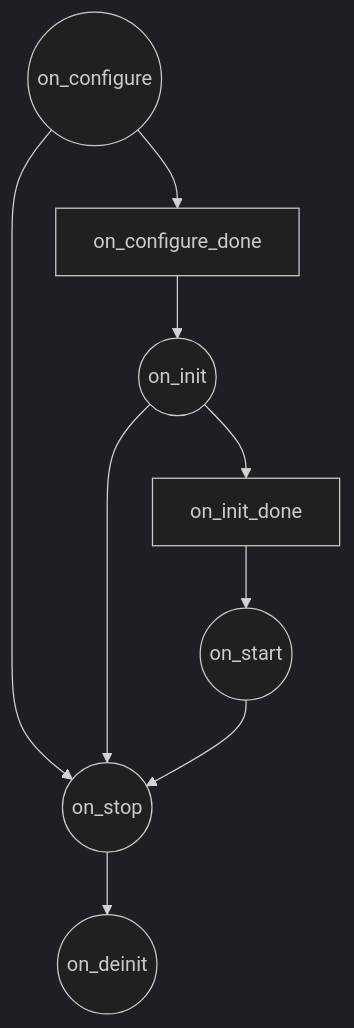
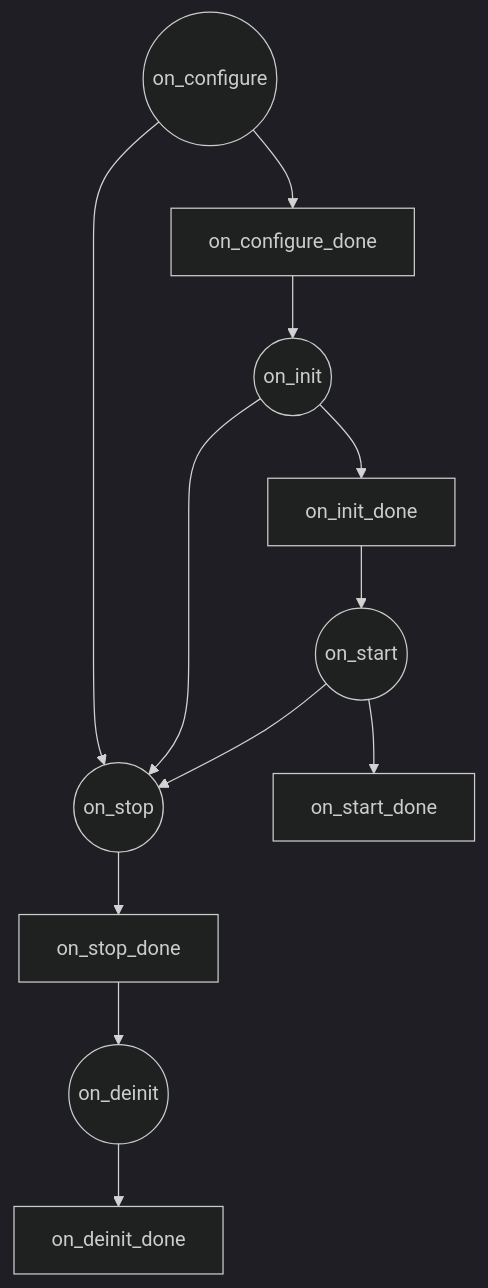
Before and after one commit to TEN-framework/ten_framework: the diagram in docs/ten_framework/ten_packages/extension.md, drawn with Mermaid (dark theme).

````diff
--- a/docs/ten_framework/ten_packages/extension.md
+++ b/docs/ten_framework/ten_packages/extension.md
@@ -27,12 +27,20 @@
 ```mermaid
 graph TD;
     on_configure((on_configure));
+    on_init((on_init));
+    on_start((on_start));
+    on_stop((on_stop));
+    on_deinit((on_deinit));
+
     on_configure-->on_configure_done
     on_configure_done-->on_init;
     on_configure-->on_stop;
-    on_init((on_init))-->on_init_done;
+    on_init-->on_init_done;
     on_init_done-->on_start;
     on_init-->on_stop;
-    on_start((on_start))-->on_stop;
-    on_stop((on_stop))-->on_deinit((on_deinit));
+    on_start-->on_stop;
+    on_start-->on_start_done;
+    on_stop-->on_stop_done;
+    on_stop_done-->on_deinit;
+    on_deinit-->on_deinit_done;
 ```
````
